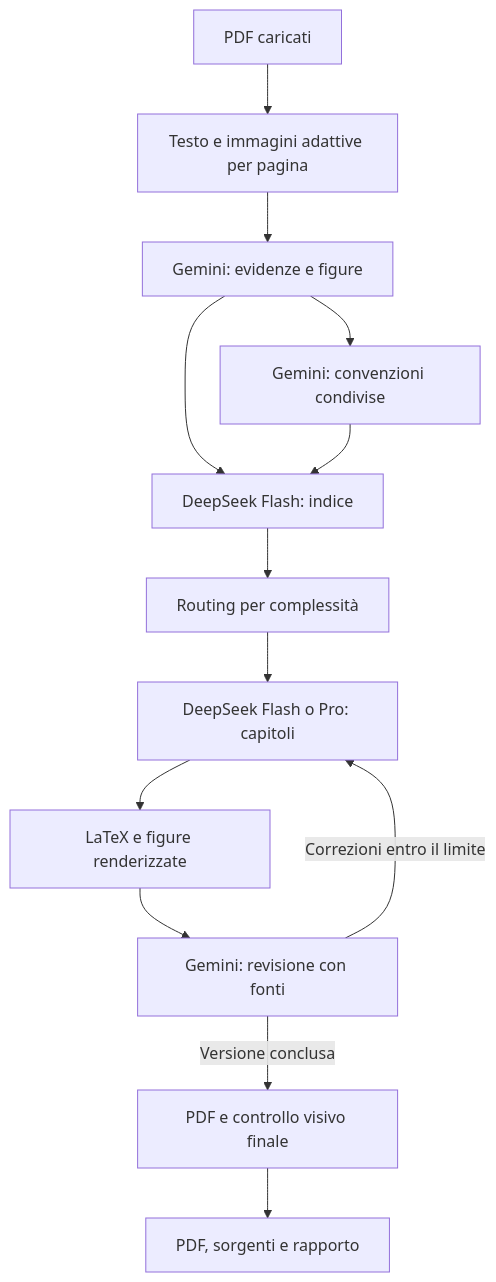
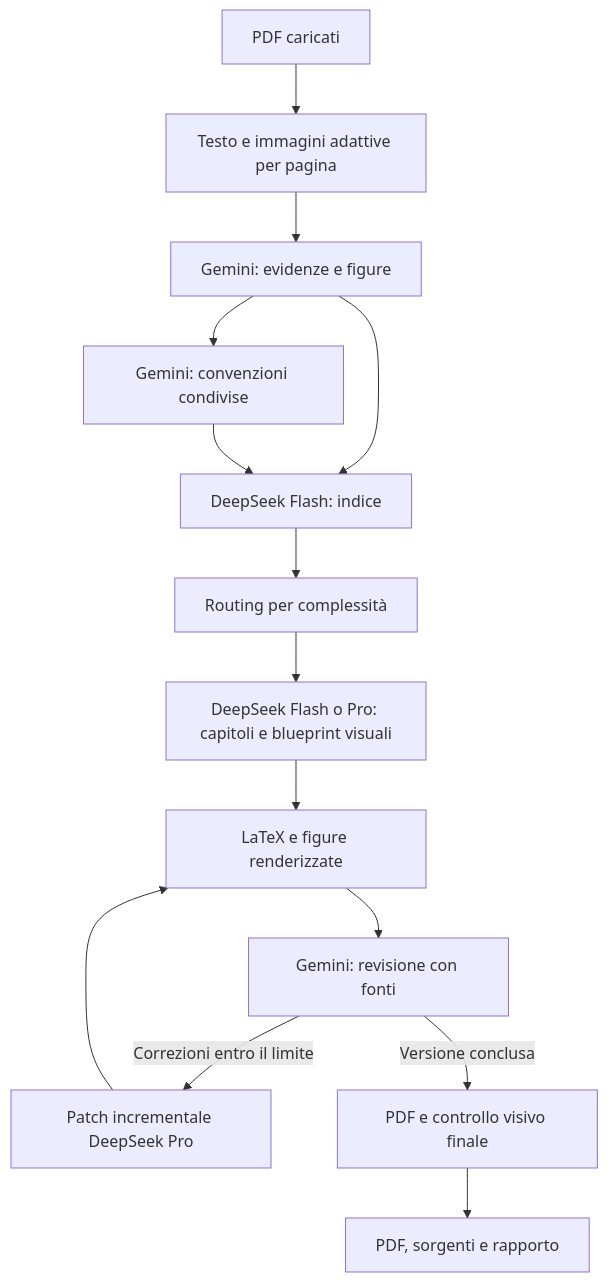
One commit to infostoreoverline-cell/study_genius_completo changed the diagram in docs/ARCHITETTURA.md. Above: the diagram before and after it, drawn with Mermaid. The commit also changed other lines of this file and 13 other files, not shown here.

````diff
--- a/docs/ARCHITETTURA.md
+++ b/docs/ARCHITETTURA.md
@@ -21,15 +21,16 @@
 ```mermaid
 flowchart TD
     A[PDF caricati] --> B[Testo e immagini adattive per pagina]
     B --> C[Gemini: evidenze e figure]
     C --> D[DeepSeek Flash: indice]
     C --> I[Gemini: convenzioni condivise]
     I --> D
     D --> J[Routing per complessità]
-    J --> K[DeepSeek Flash o Pro: capitoli]
+    J --> K[DeepSeek Flash o Pro: capitoli e blueprint visuali]
     K --> E[LaTeX e figure renderizzate]
     E --> F[Gemini: revisione con fonti]
-    F -->|Correzioni entro il limite| K
+    F -->|Correzioni entro il limite| L[Patch incrementale DeepSeek Pro]
+    L --> E
     F -->|Versione conclusa| G[PDF e controllo visivo finale]
     G --> H[PDF, sorgenti e rapporto]
 ```
````
